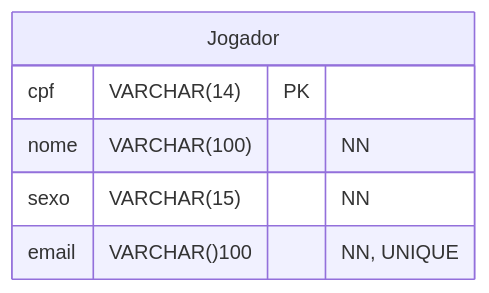
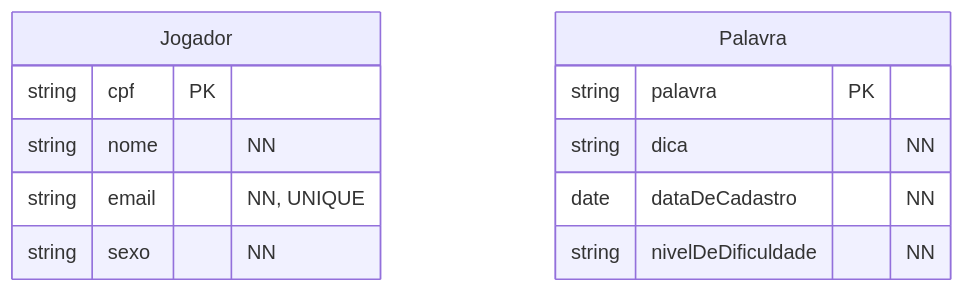
Before and after one commit to Matheus-SBrito/AquecimentoProjeto: the first of 2 diagrams in README.md, drawn with Mermaid. The commit also changed other lines of this file and 12 other files, not shown here.

````diff
--- a/README.md
+++ b/README.md
@@ -109,15 +45,17 @@
 ```mermaid
 erDiagram
 
-Jogador{
-	
-	cpf VARCHAR(14) PK 
-	nome VARCHAR(100) "NN"
-	sexo VARCHAR(15) "NN"
-	
-	
-	email VARCHAR()100 "NN, UNIQUE"
-
+Jogador {
+    string cpf PK
+    string nome "NN"
+    string email "NN, UNIQUE"
+    string sexo "NN"
 }
 
+Palavra {
+    string palavra PK
+    string dica "NN"
+    date dataDeCadastro "NN"
+    string nivelDeDificuldade "NN"
+}
 ```
````
